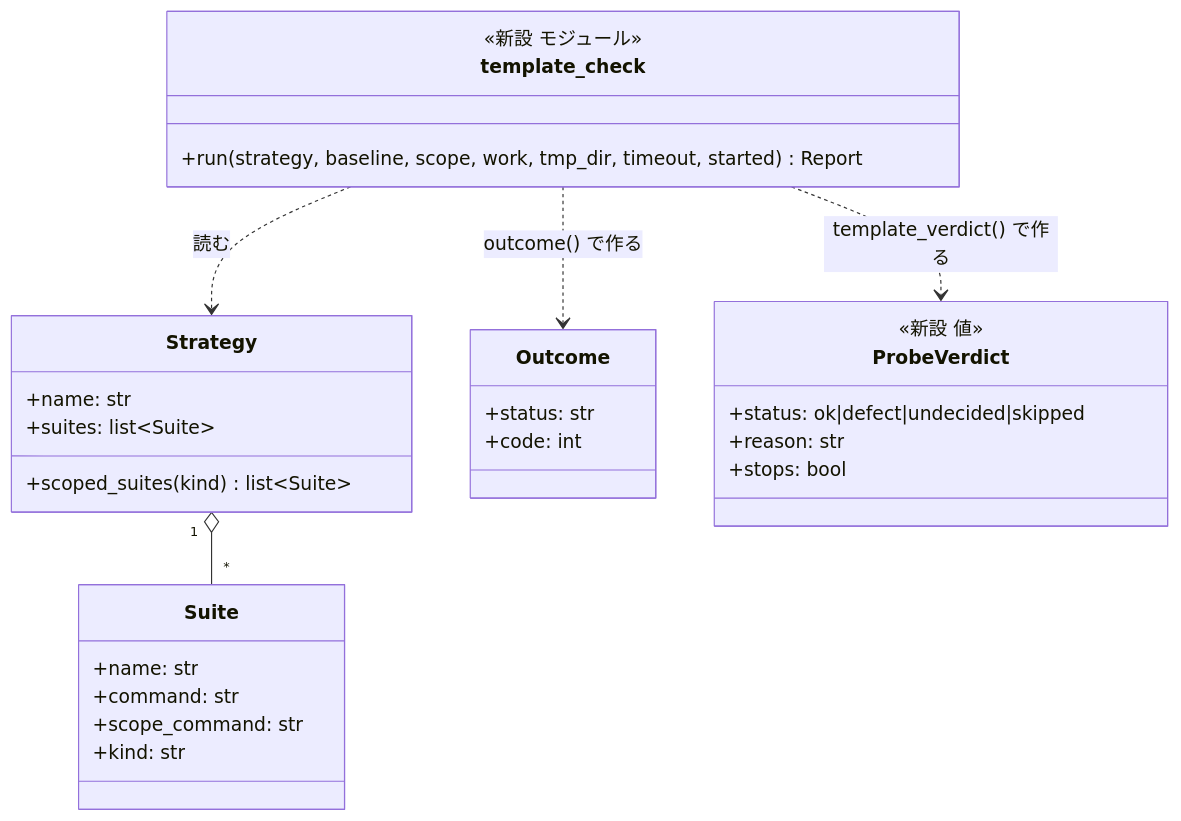
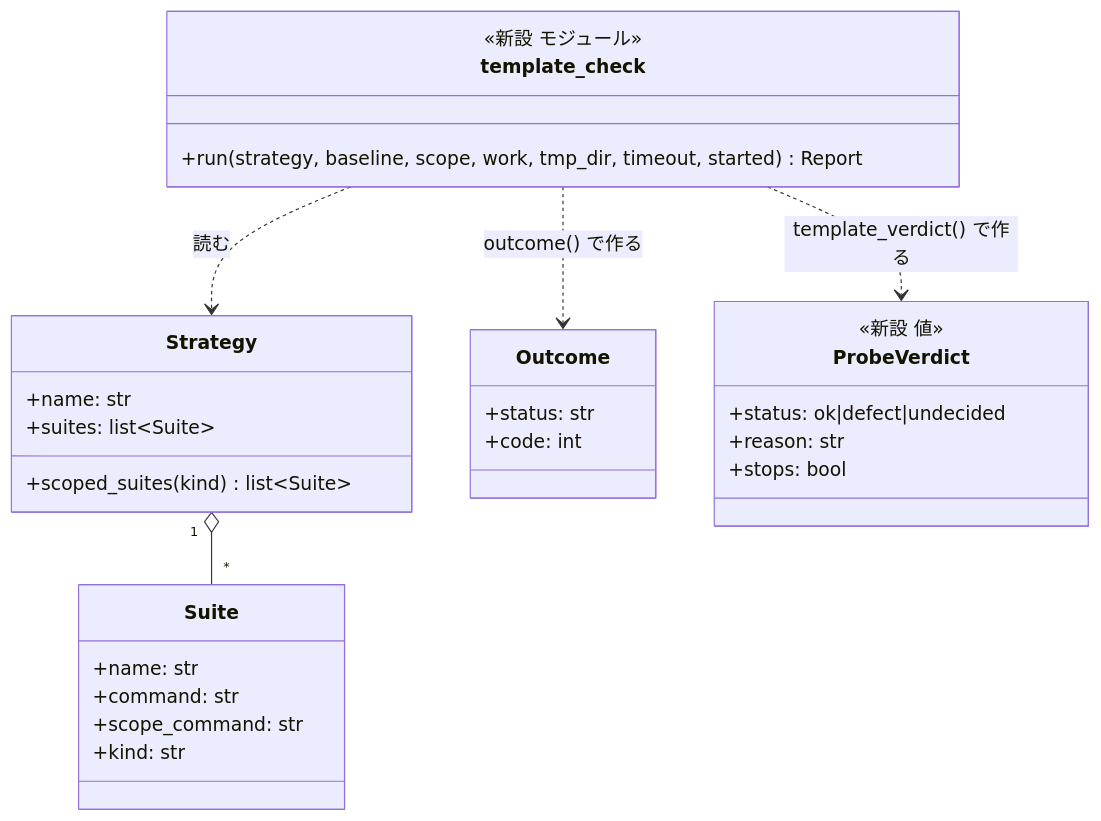
One commit to devbasex/ai-plugins changed the second of 3 diagrams in issues/issue-1630-design.md. Above: the diagram before and after it, drawn with Mermaid. The commit also changed other lines of this file, not shown here.

````diff
--- a/issues/issue-1630-design.md
+++ b/issues/issue-1630-design.md
@@ -131,32 +134,32 @@
 ```mermaid
 classDiagram
   class Strategy {
     +name: str
     +suites: list~Suite~
     +scoped_suites(kind) list~Suite~
   }
   class Suite {
     +name: str
     +command: str
     +scope_command: str
     +kind: str
   }
   class Outcome {
     +status: str
     +code: int
   }
   class ProbeVerdict {
     <<新設 値>>
-    +status: ok|defect|undecided|skipped
+    +status: ok|defect|undecided
     +reason: str
     +stops: bool
   }
   class template_check {
     <<新設 モジュール>>
     +run(strategy, baseline, scope, work, tmp_dir, timeout, started) Report
   }
   Strategy "1" o-- "*" Suite
   template_check ..> Strategy : 読む
   template_check ..> Outcome : outcome() で作る
   template_check ..> ProbeVerdict : template_verdict() で作る
 ```
````
